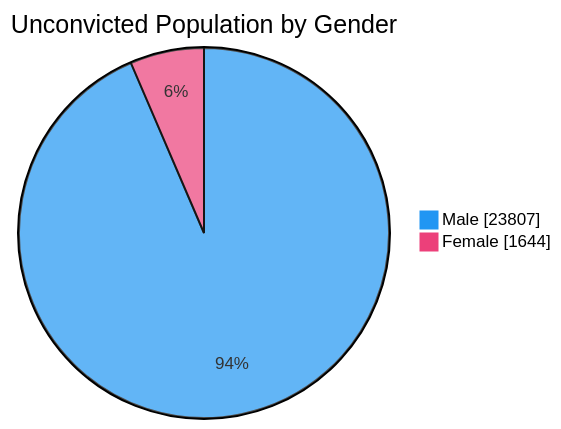
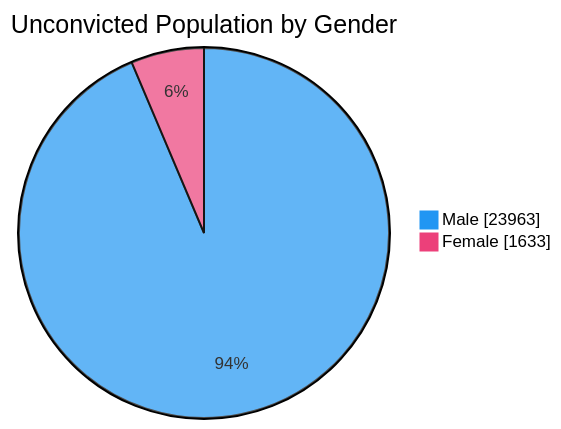
The fourth of 7 diagrams in README.md (nuuuwan/lk_prisons), drawn with Mermaid before and after one commit. The commit also changed other lines of this file and 1 other file, not shown here.

````diff
--- a/README.md
+++ b/README.md
@@ -76,6 +76,6 @@
 ```mermaid
 %%{init: {'themeVariables': {'pie1': '#2196F3', 'pie2': '#EC407A'}}}%%
 pie showData title Unconvicted Population by Gender
-    "Male" : 23807
-    "Female" : 1644
+    "Male" : 23963
+    "Female" : 1633
 ```
````
